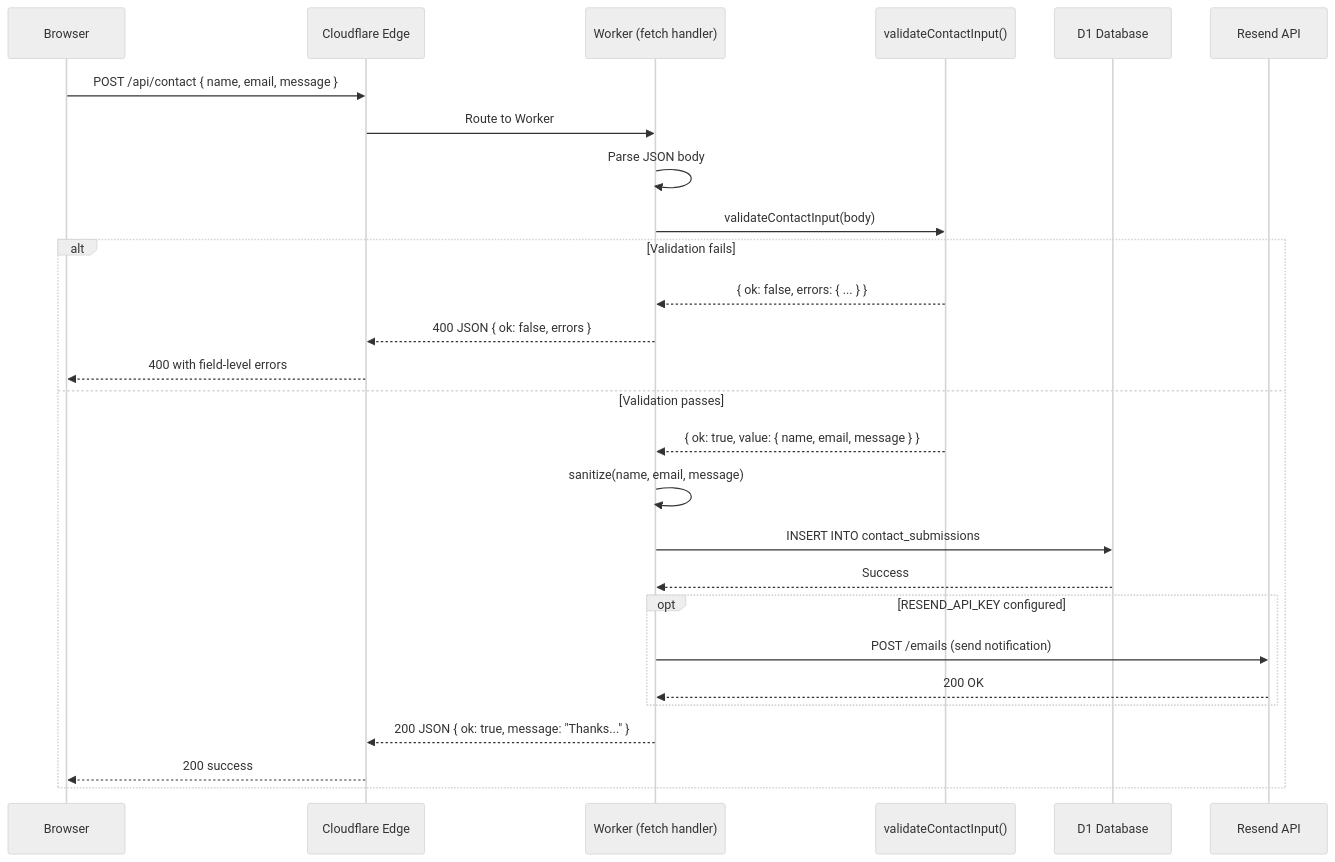
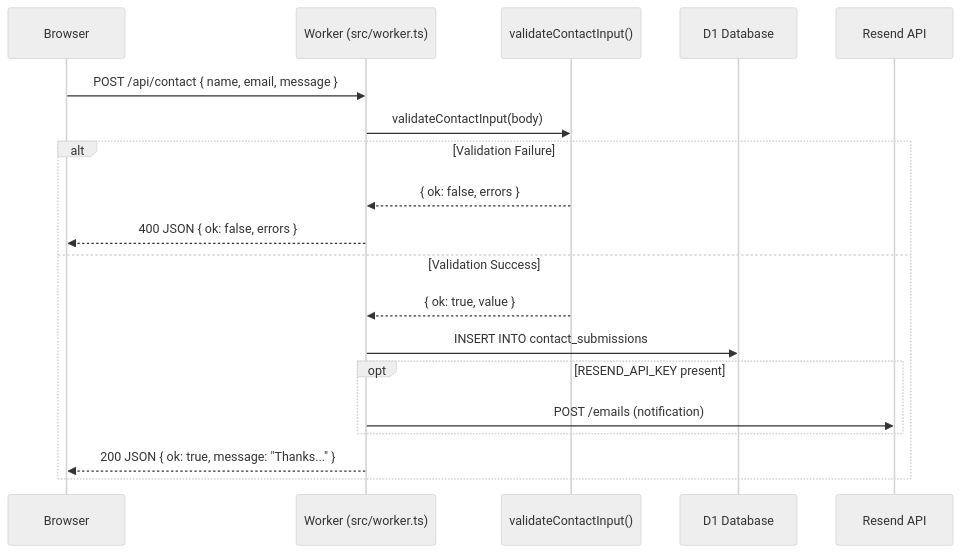
One commit to sricharanchowdary/sri-charan changed the fourth of 4 diagrams in SEQUENCE-DIAGRAMS.md. Above: the diagram before and after it, drawn with Mermaid (neutral theme). The commit also changed other lines of this file and 4 other files, not shown here.

Commit message:
docs: add HLD, sequence diagrams, architecture tour, evals catalog, and decisions for AI feature

````diff
--- a/SEQUENCE-DIAGRAMS.md
+++ b/SEQUENCE-DIAGRAMS.md
@@ -95,34 +98,23 @@
 ```mermaid
 sequenceDiagram
     participant B as Browser
-    participant CF as Cloudflare Edge
-    participant W as Worker (fetch handler)
+    participant W as Worker (src/worker.ts)
     participant V as validateContactInput()
     participant D1 as D1 Database
     participant R as Resend API
 
-    B->>CF: POST /api/contact { name, email, message }
-    CF->>W: Route to Worker
-
-    W->>W: Parse JSON body
+    B->>W: POST /api/contact { name, email, message }
     W->>V: validateContactInput(body)
 
-    alt Validation fails
-        V-->>W: { ok: false, errors: { ... } }
-        W-->>CF: 400 JSON { ok: false, errors }
-        CF-->>B: 400 with field-level errors
-    else Validation passes
-        V-->>W: { ok: true, value: { name, email, message } }
-        W->>W: sanitize(name, email, message)
+    alt Validation Failure
+        V-->>W: { ok: false, errors }
+        W-->>B: 400 JSON { ok: false, errors }
+    else Validation Success
+        V-->>W: { ok: true, value }
         W->>D1: INSERT INTO contact_submissions
-        D1-->>W: Success
-
-        opt RESEND_API_KEY configured
-            W->>R: POST /emails (send notification)
-            R-->>W: 200 OK
+        opt RESEND_API_KEY present
+            W->>R: POST /emails (notification)
         end
-
-        W-->>CF: 200 JSON { ok: true, message: "Thanks..." }
-        CF-->>B: 200 success
+        W-->>B: 200 JSON { ok: true, message: "Thanks..." }
     end
 ```
````
